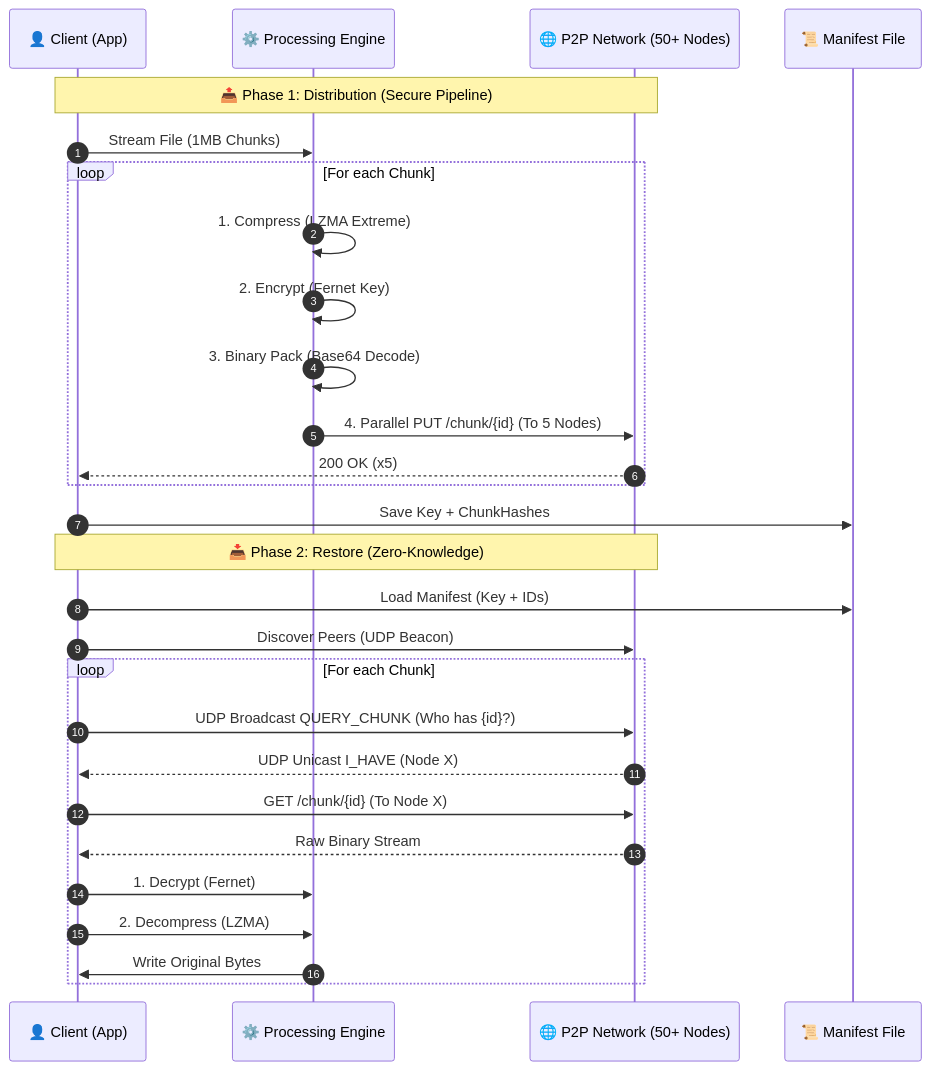
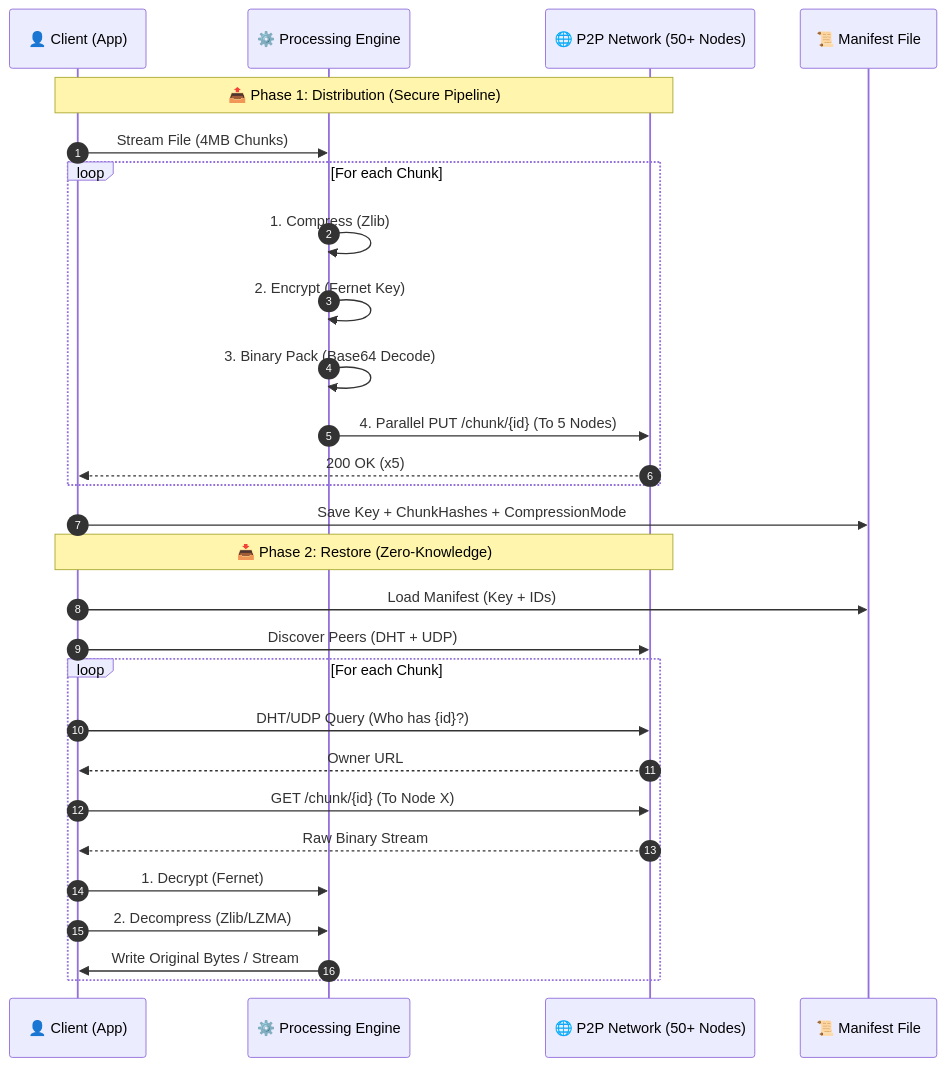
Before and after one commit to axiom4/peer2peer: the first of 7 diagrams in ARCHITECTURE.md, drawn with Mermaid. The commit also changed other lines of this file and 1 other file, not shown here.

Commit message:
Update architecture and README for compression methods and hybrid discovery strategy

````diff
--- a/ARCHITECTURE.md
+++ b/ARCHITECTURE.md
@@ -75,37 +84,37 @@
 ```mermaid
 sequenceDiagram
    autonumber
    participant Client as 👤 Client (App)
    participant Engine as ⚙️ Processing Engine
    participant Network as 🌐 P2P Network (50+ Nodes)
    participant Manifest as 📜 Manifest File
 
    Note over Client, Network: 📤 Phase 1: Distribution (Secure Pipeline)
-   Client->>Engine: Stream File (1MB Chunks)
+   Client->>Engine: Stream File (4MB Chunks)
 
    loop For each Chunk
-      Engine->>Engine: 1. Compress (LZMA Extreme)
+      Engine->>Engine: 1. Compress (Zlib)
       Engine->>Engine: 2. Encrypt (Fernet Key)
       Engine->>Engine: 3. Binary Pack (Base64 Decode)
       Engine->>Network: 4. Parallel PUT /chunk/{id} (To 5 Nodes)
       Network-->>Client: 200 OK (x5)
    end
 
-   Client->>Manifest: Save Key + ChunkHashes
+   Client->>Manifest: Save Key + ChunkHashes + CompressionMode
 
    Note over Client, Network: 📥 Phase 2: Restore (Zero-Knowledge)
    Client->>Manifest: Load Manifest (Key + IDs)
-   Client->>Network: Discover Peers (UDP Beacon)
+   Client->>Network: Discover Peers (DHT + UDP)
 
    loop For each Chunk
-      Client->>Network: UDP Broadcast QUERY_CHUNK (Who has {id}?)
-      Network-->>Client: UDP Unicast I_HAVE (Node X)
+      Client->>Network: DHT/UDP Query (Who has {id}?)
+      Network-->>Client: Owner URL
       Client->>Network: GET /chunk/{id} (To Node X)
       Network-->>Client: Raw Binary Stream
 
       Client->>Engine: 1. Decrypt (Fernet)
 
-      Client->>Engine: 2. Decompress (LZMA)
-      Engine->>Client: Write Original Bytes
+      Client->>Engine: 2. Decompress (Zlib/LZMA)
+      Engine->>Client: Write Original Bytes / Stream
    end
 ```
````
